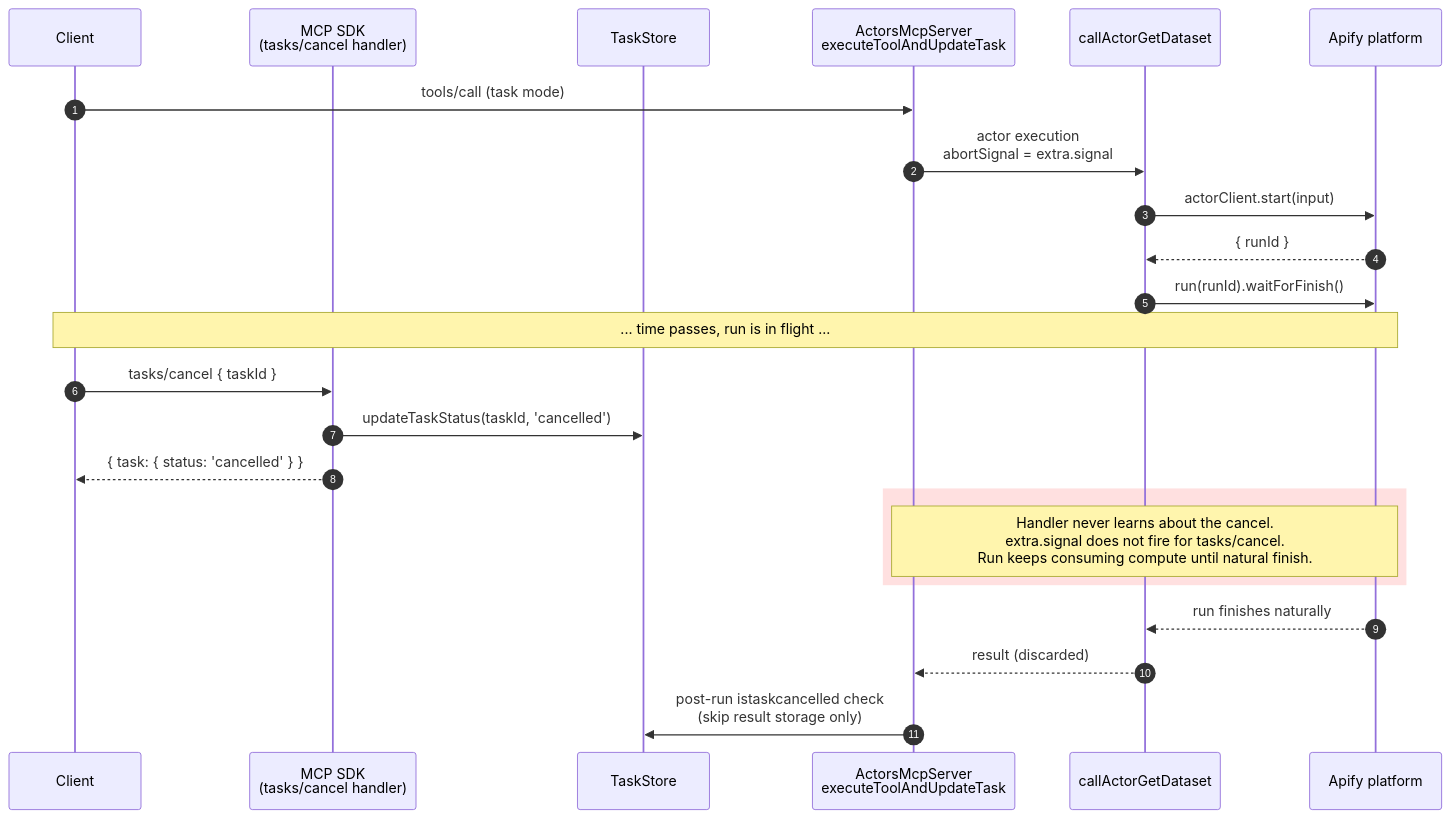
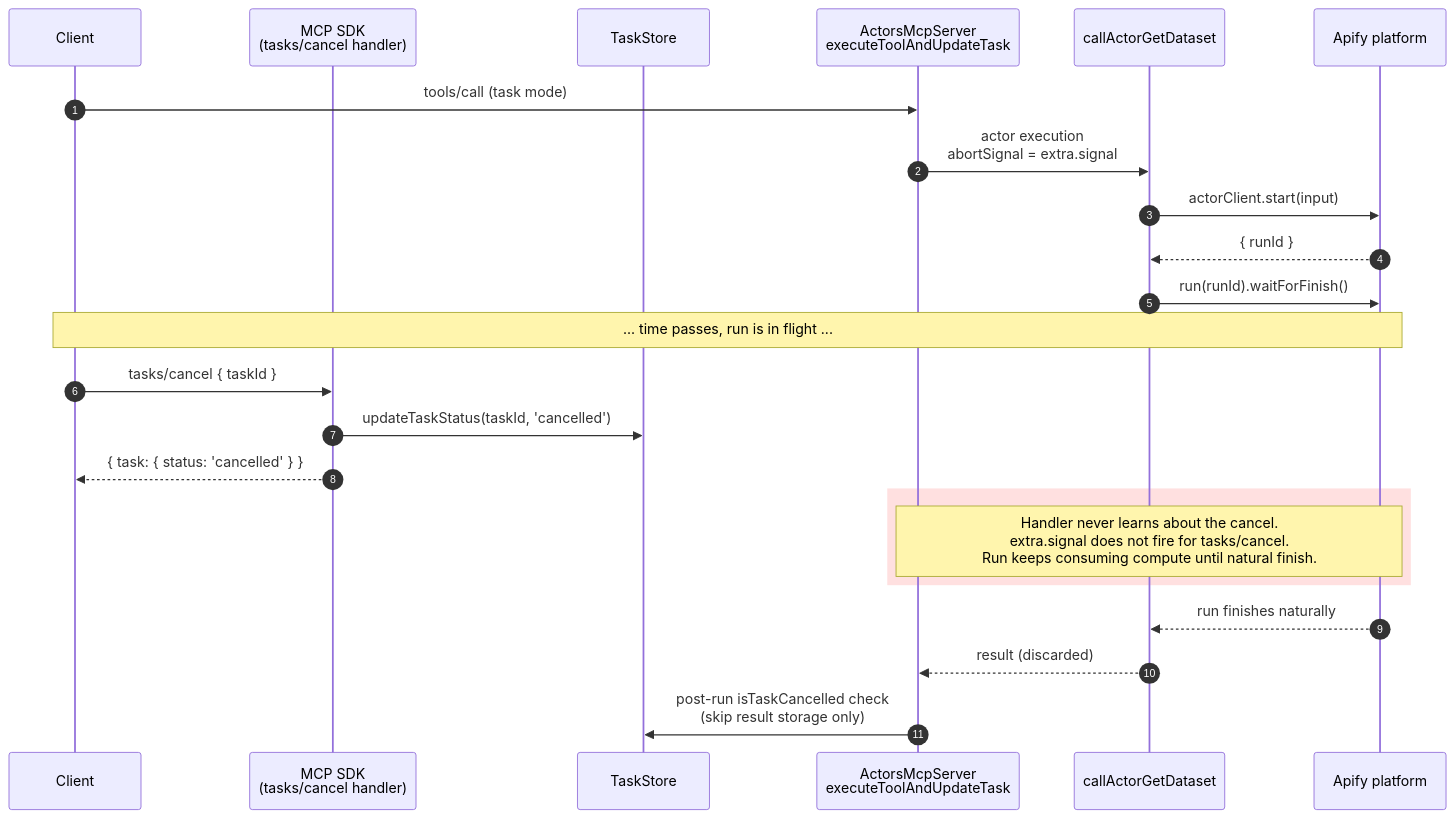
The first of 3 diagrams in res/tasks_cancel_abort_flow.md (apify/apify-mcp-server), drawn with Mermaid before and after one commit. The commit also changed other lines of this file and 4 other files, not shown here.

````diff
--- a/res/tasks_cancel_abort_flow.md
+++ b/res/tasks_cancel_abort_flow.md
@@ -48,30 +48,30 @@
 ```mermaid
 sequenceDiagram
     autonumber
     participant Client
     participant SDK as MCP SDK<br/>(tasks/cancel handler)
     participant Store as TaskStore
     participant Server as ActorsMcpServer<br/>executeToolAndUpdateTask
     participant Exec as callActorGetDataset
     participant Apify as Apify platform
 
     Client->>Server: tools/call (task mode)
     Server->>Exec: actor execution<br/>abortSignal = extra.signal
     Exec->>Apify: actorClient.start(input)
     Apify-->>Exec: { runId }
     Exec->>Apify: run(runId).waitForFinish()
 
     Note over Client,Apify: ... time passes, run is in flight ...
 
     Client->>SDK: tasks/cancel { taskId }
     SDK->>Store: updateTaskStatus(taskId, 'cancelled')
     SDK-->>Client: { task: { status: 'cancelled' } }
 
     rect rgba(255, 0, 0, 0.12)
         Note over Server,Apify: Handler never learns about the cancel.<br/>extra.signal does not fire for tasks/cancel.<br/>Run keeps consuming compute until natural finish.
     end
 
     Apify-->>Exec: run finishes naturally
     Exec-->>Server: result (discarded)
-    Server->>Store: post-run istaskcancelled check<br/>(skip result storage only)
+    Server->>Store: post-run isTaskCancelled check<br/>(skip result storage only)
 ```
````
